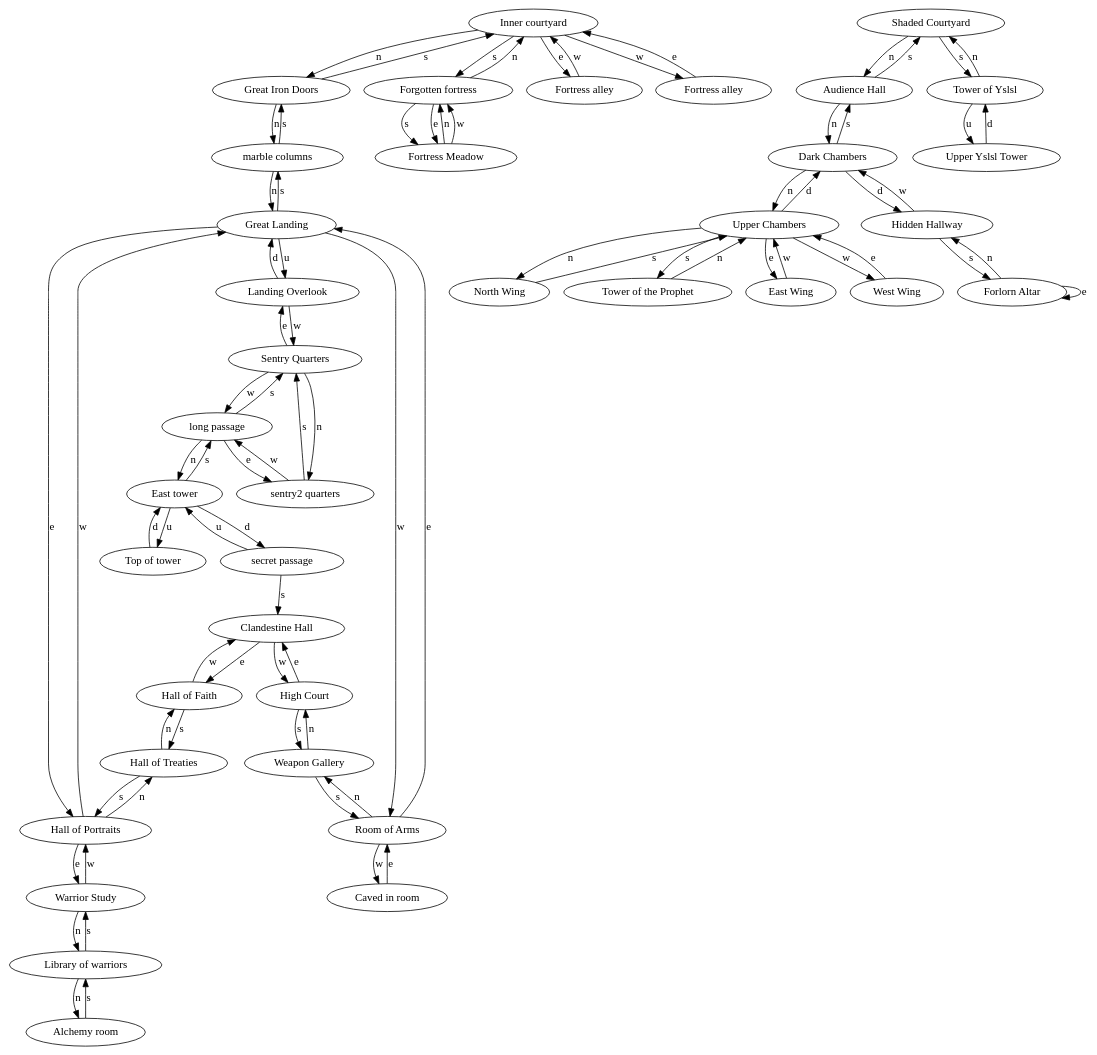
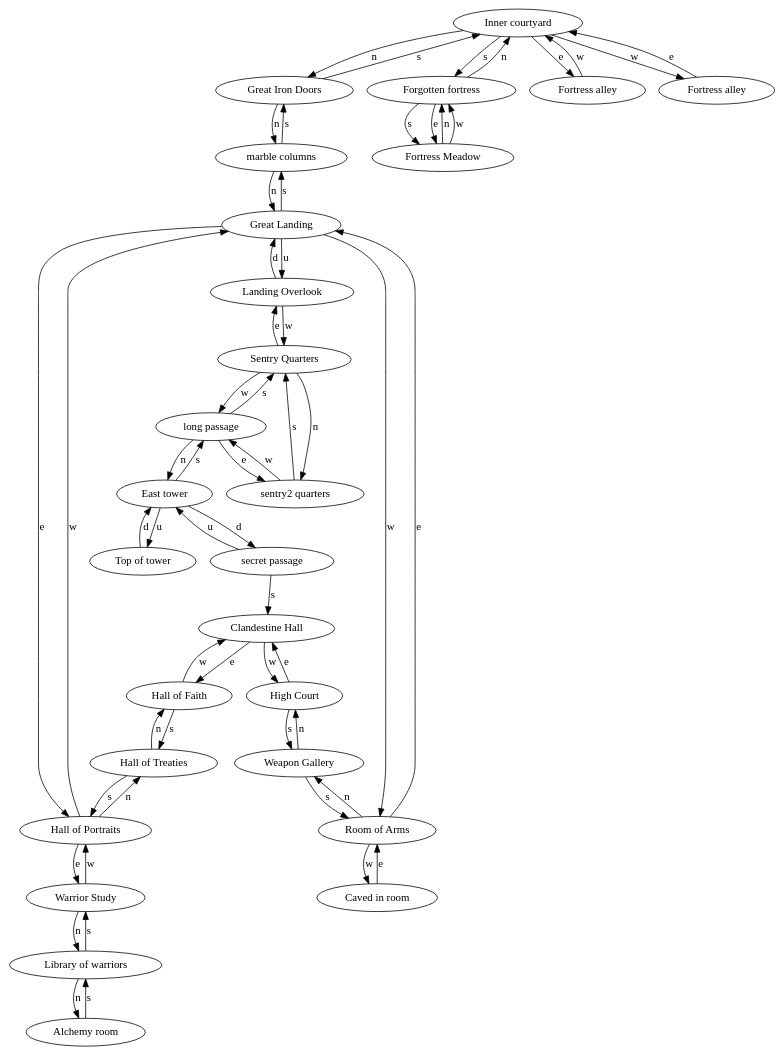
One commit to mcglincy/monster changed the diagram in utils/maps/forgotten_fortress.dot. Above: the diagram before and after it, drawn with Graphviz. The commit also changed 23 other files, not shown here.

```diff
--- a/utils/maps/forgotten_fortress.dot
+++ b/utils/maps/forgotten_fortress.dot
@@ -1,120 +1,85 @@
 digraph monster {
 room_100 [label="Inner courtyard"];
 room_100 -> room_252 [label="n"];
 room_100 -> room_709 [label="s"];
 room_100 -> room_103 [label="e"];
 room_100 -> room_105 [label="w"];
 room_103 [label="Fortress alley"];
 room_103 -> room_100 [label="w"];
 room_105 [label="Fortress alley"];
 room_105 -> room_100 [label="e"];
 room_252 [label="Great Iron Doors"];
 room_252 -> room_732 [label="n"];
 room_252 -> room_100 [label="s"];
-room_375 [label="Shaded Courtyard"];
-room_375 -> room_413 [label="n"];
-room_375 -> room_720 [label="s"];
-room_413 [label="Audience Hall"];
-room_413 -> room_430 [label="n"];
-room_413 -> room_375 [label="s"];
-room_430 [label="Dark Chambers"];
-room_430 -> room_714 [label="n"];
-room_430 -> room_413 [label="s"];
-room_430 -> room_718 [label="d"];
 room_704 [label="Top of tower"];
 room_704 -> room_750 [label="d"];
 room_708 [label="Fortress Meadow"];
 room_708 -> room_709 [label="n"];
 room_708 -> room_709 [label="w"];
 room_709 [label="Forgotten fortress"];
 room_709 -> room_100 [label="n"];
 room_709 -> room_708 [label="s"];
 room_709 -> room_708 [label="e"];
-room_714 [label="Upper Chambers"];
-room_714 -> room_715 [label="n"];
-room_714 -> room_717 [label="s"];
-room_714 -> room_722 [label="e"];
-room_714 -> room_724 [label="w"];
-room_714 -> room_430 [label="d"];
-room_715 [label="North Wing"];
-room_715 -> room_714 [label="s"];
-room_717 [label="Tower of the Prophet"];
-room_717 -> room_714 [label="n"];
-room_718 [label="Hidden Hallway"];
-room_718 -> room_719 [label="s"];
-room_718 -> room_430 [label="w"];
-room_719 [label="Forlorn Altar"];
-room_719 -> room_718 [label="n"];
-room_719 -> room_719 [label="e"];
-room_720 [label="Tower of Yslsl"];
-room_720 -> room_375 [label="n"];
-room_720 -> room_721 [label="u"];
-room_721 [label="Upper Yslsl Tower"];
-room_721 -> room_720 [label="d"];
-room_722 [label="East Wing"];
-room_722 -> room_714 [label="w"];
-room_724 [label="West Wing"];
-room_724 -> room_714 [label="e"];
 room_732 [label="marble columns"];
 room_732 -> room_734 [label="n"];
 room_732 -> room_252 [label="s"];
 room_734 [label="Great Landing"];
 room_734 -> room_732 [label="s"];
 room_734 -> room_735 [label="e"];
 room_734 -> room_736 [label="w"];
 room_734 -> room_737 [label="u"];
 room_735 [label="Hall of Portraits"];
 room_735 -> room_741 [label="n"];
 room_735 -> room_738 [label="e"];
 room_735 -> room_734 [label="w"];
 room_736 [label="Room of Arms"];
 room_736 -> room_745 [label="n"];
 room_736 -> room_734 [label="e"];
 room_736 -> room_746 [label="w"];
 room_737 [label="Landing Overlook"];
 room_737 -> room_747 [label="w"];
 room_737 -> room_734 [label="d"];
 room_738 [label="Warrior Study"];
 room_738 -> room_739 [label="n"];
 room_738 -> room_735 [label="w"];
 room_739 [label="Library of warriors"];
 room_739 -> room_740 [label="n"];
 room_739 -> room_738 [label="s"];
 room_740 [label="Alchemy room"];
 room_740 -> room_739 [label="s"];
 room_741 [label="Hall of Treaties"];
 room_741 -> room_742 [label="n"];
 room_741 -> room_735 [label="s"];
 room_742 [label="Hall of Faith"];
 room_742 -> room_741 [label="s"];
 room_742 -> room_743 [label="w"];
 room_743 [label="Clandestine Hall"];
 room_743 -> room_742 [label="e"];
 room_743 -> room_744 [label="w"];
 room_744 [label="High Court"];
 room_744 -> room_745 [label="s"];
 room_744 -> room_743 [label="e"];
 room_745 [label="Weapon Gallery"];
 room_745 -> room_744 [label="n"];
 room_745 -> room_736 [label="s"];
 room_746 [label="Caved in room"];
 room_746 -> room_736 [label="e"];
 room_747 [label="Sentry Quarters"];
 room_747 -> room_748 [label="n"];
 room_747 -> room_737 [label="e"];
 room_747 -> room_749 [label="w"];
 room_748 [label="sentry2 quarters"];
 room_748 -> room_747 [label="s"];
 room_748 -> room_749 [label="w"];
 room_749 [label="long passage"];
 room_749 -> room_750 [label="n"];
 room_749 -> room_747 [label="s"];
 room_749 -> room_748 [label="e"];
 room_750 [label="East tower"];
 room_750 -> room_749 [label="s"];
 room_750 -> room_704 [label="u"];
 room_750 -> room_751 [label="d"];
 room_751 [label="secret passage"];
 room_751 -> room_743 [label="s"];
 room_751 -> room_750 [label="u"];
 }
```
